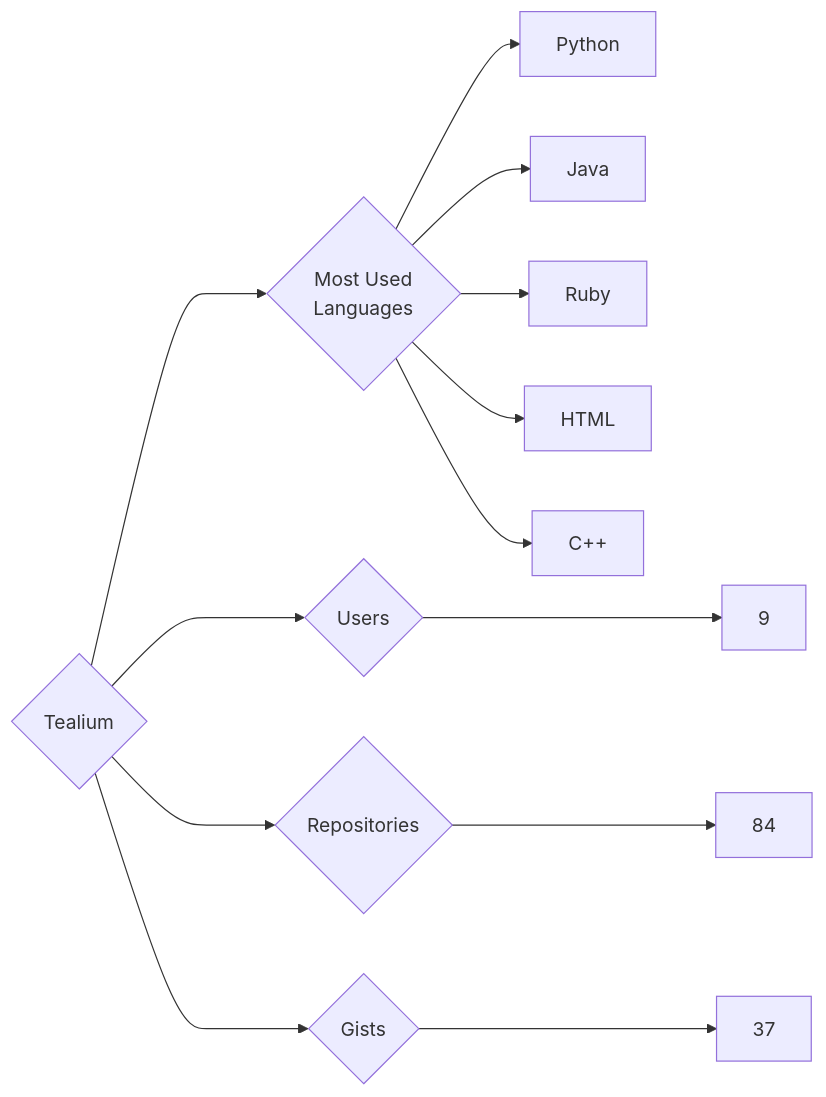
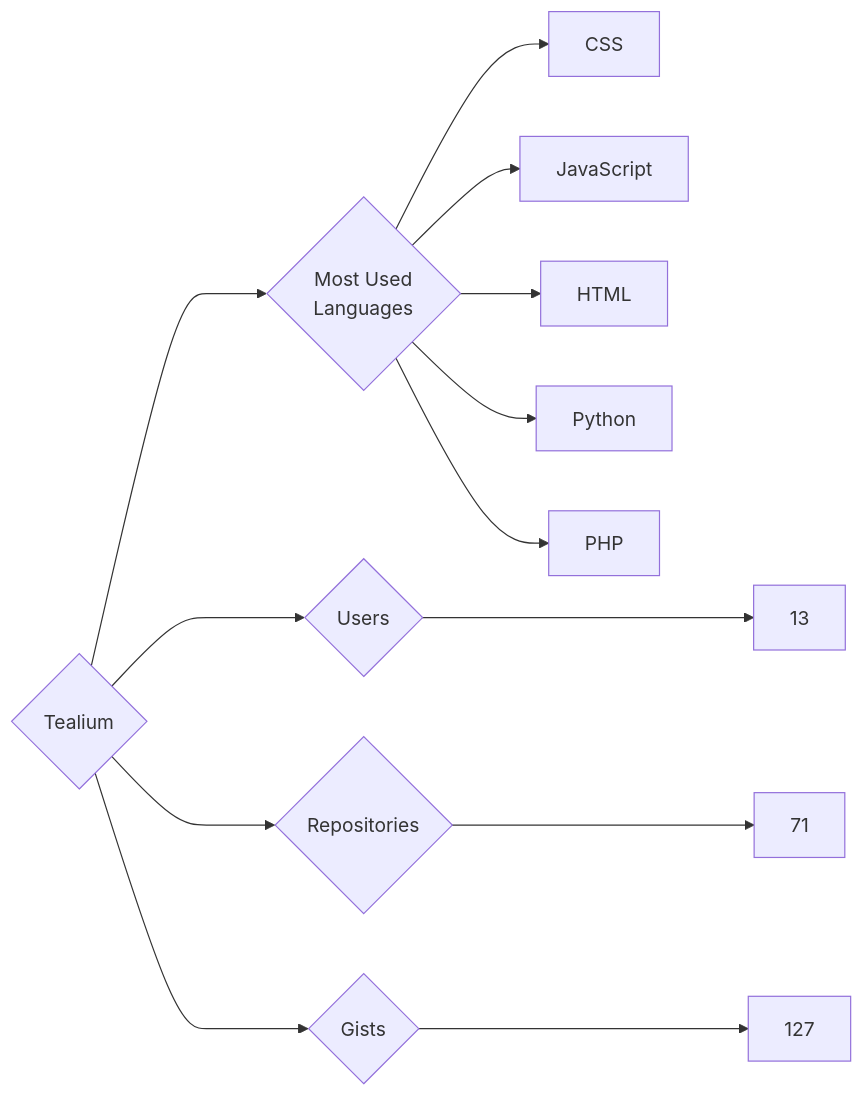
One commit to trickest/insiders changed the diagram in targets/Tealium/README.md. Above: the diagram before and after it, drawn with Mermaid. The commit also changed 870 other files, not shown here.

````diff
--- a/targets/Tealium/README.md
+++ b/targets/Tealium/README.md
@@ -3,13 +3,13 @@
 ```mermaid
 graph LR
 COMPANY_NAME{Tealium}
-COMPANY_NAME ---> U{Users} ---> UN[9]
-COMPANY_NAME ---> R{Repositories} ---> RN[84]
-COMPANY_NAME ---> G{Gists} ---> GN[37]
+COMPANY_NAME ---> U{Users} ---> UN[13]
+COMPANY_NAME ---> R{Repositories} ---> RN[71]
+COMPANY_NAME ---> G{Gists} ---> GN[127]
 COMPANY_NAME ---> ML{Most Used<br>Languages}
+ML --> CSS[CSS]
+ML --> JavaScript[JavaScript]
+ML --> HTML[HTML]
 ML --> Python[Python]
-ML --> Java[Java]
-ML --> Ruby[Ruby]
-ML --> HTML[HTML]
-ML --> C++[C++]
+ML --> PHP[PHP]
 ```
````
